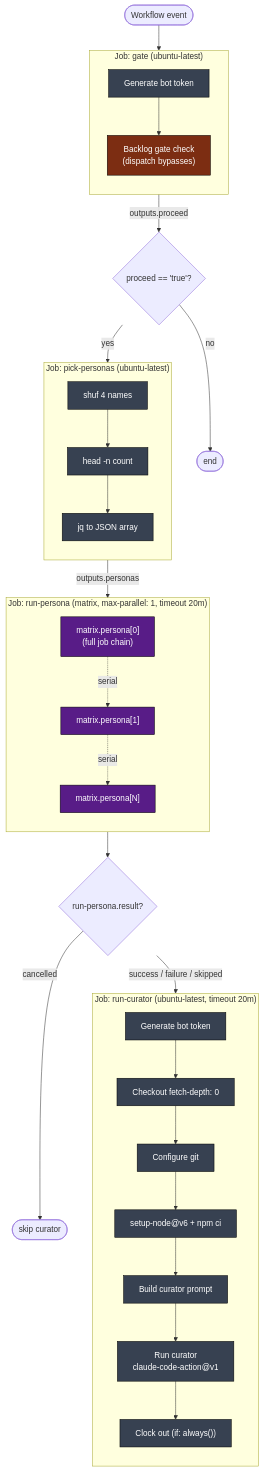
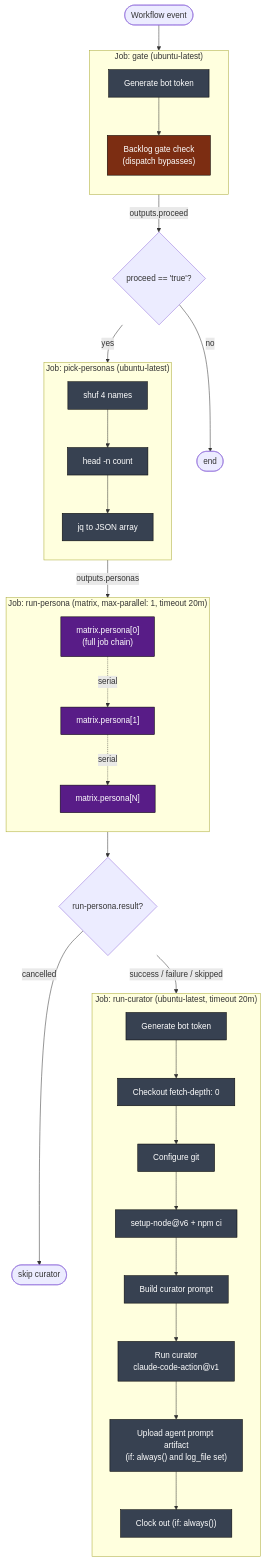
The fourth of 12 diagrams in .github/docs/PERSONAS_RUN_DEEP_DIVE.md (llm-exe/llm-exe), drawn with Mermaid before and after one commit. The commit also changed other lines of this file and 3 other files, not shown here.

````diff
--- a/.github/docs/PERSONAS_RUN_DEEP_DIVE.md
+++ b/.github/docs/PERSONAS_RUN_DEEP_DIVE.md
@@ -207,56 +207,57 @@
 ```mermaid
 flowchart TB
     classDef job fill:#1e3a8a,color:#fff,stroke:#000
     classDef step fill:#374151,color:#fff,stroke:#000
     classDef gate fill:#7c2d12,color:#fff,stroke:#000
     classDef mat fill:#581c87,color:#fff,stroke:#000
 
     start([Workflow event])
     start --> J1
 
     subgraph J1["Job: gate (ubuntu-latest)"]
         direction TB
         g1["Generate bot token"]:::step
         g2["Backlog gate check\n(dispatch bypasses)"]:::gate
         g1 --> g2
     end
 
     J1 -->|outputs.proceed| dec1{proceed == 'true'?}
     dec1 -->|no| stop([end])
     dec1 -->|yes| J2
 
     subgraph J2["Job: pick-personas (ubuntu-latest)"]
         direction TB
         p1["shuf 4 names"]:::step
         p2["head -n count"]:::step
         p3["jq to JSON array"]:::step
         p1 --> p2 --> p3
     end
 
     J2 -->|outputs.personas| J3
 
     subgraph J3["Job: run-persona (matrix, max-parallel: 1, timeout 20m)"]
         direction TB
         m1["matrix.persona[0]\n(full job chain)"]:::mat
         m2["matrix.persona[1]"]:::mat
         m3["matrix.persona[N]"]:::mat
         m1 -.serial.-> m2
         m2 -.serial.-> m3
     end
 
     J3 --> dec2{run-persona.result?}
     dec2 -->|cancelled| stop2([skip curator])
     dec2 -->|success / failure / skipped| J4
 
     subgraph J4["Job: run-curator (ubuntu-latest, timeout 20m)"]
         direction TB
         c1["Generate bot token"]:::step
         c2["Checkout fetch-depth: 0"]:::step
         c3["Configure git"]:::step
         c4["setup-node@v6 + npm ci"]:::step
         c5["Build curator prompt"]:::step
         c6["Run curator\nclaude-code-action@v1"]:::step
-        c7["Clock out (if: always())"]:::step
-        c1 --> c2 --> c3 --> c4 --> c5 --> c6 --> c7
+        c7["Upload agent prompt artifact\n(if: always() and log_file set)"]:::step
+        c8["Clock out (if: always())"]:::step
+        c1 --> c2 --> c3 --> c4 --> c5 --> c6 --> c7 --> c8
     end
 ```
````
